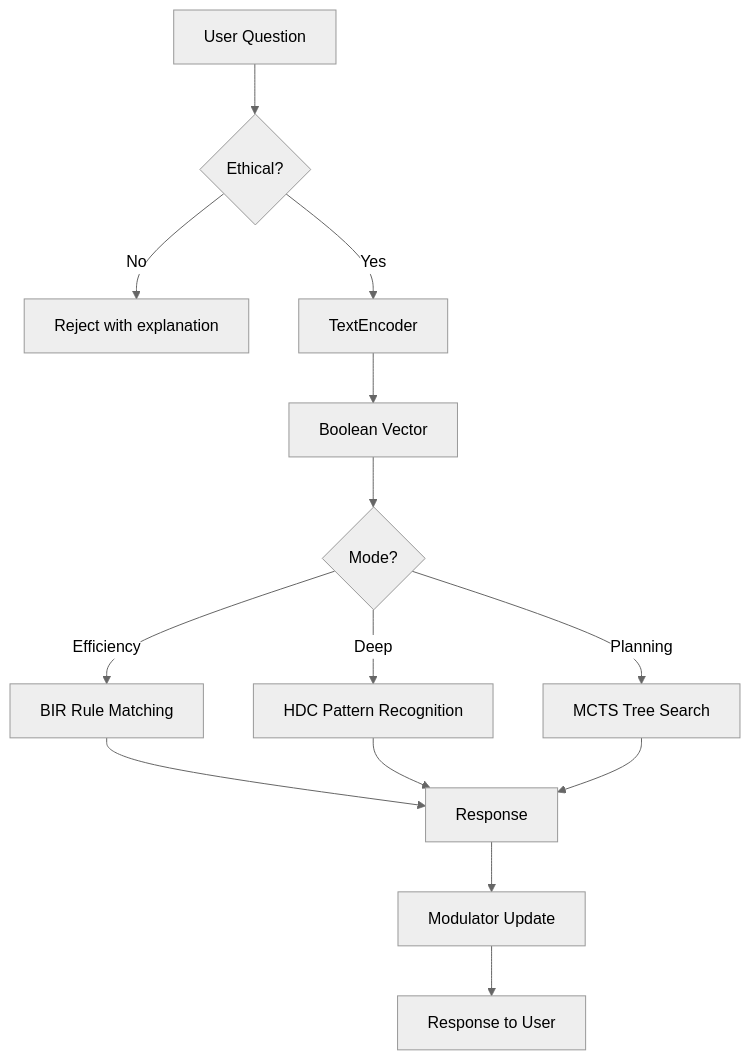
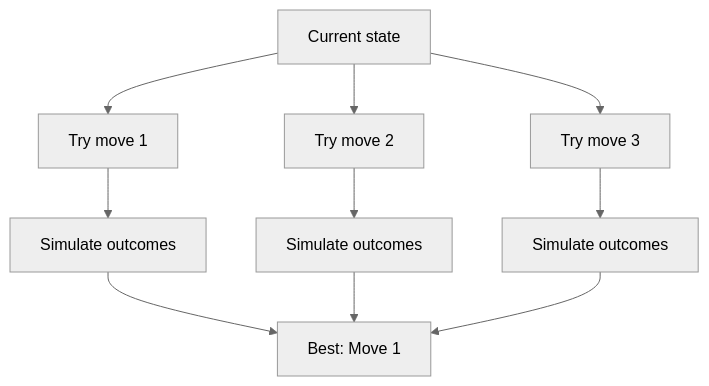
One commit to AlexanderNarbaev/agi changed the fourth of 6 diagrams in docs-v2/story/overview.md. Above: the diagram before and after it, drawn with Mermaid (neutral theme). The commit also changed other lines of this file, not shown here.

````diff
--- a/docs-v2/story/overview.md
+++ b/docs-v2/story/overview.md
@@ -140,16 +93,12 @@
 ```mermaid
-flowchart TD
-    A[User Question] --> B{Ethical?}
-    B -->|No| C[Reject with explanation]
-    B -->|Yes| D[TextEncoder]
-    D --> E[Boolean Vector]
-    E --> F{Mode?}
-    F -->|Efficiency| G[BIR Rule Matching]
-    F -->|Deep| H[HDC Pattern Recognition]
-    F -->|Planning| I[MCTS Tree Search]
-    G --> J[Response]
-    H --> J
-    I --> J
-    J --> K[Modulator Update]
-    K --> L[Response to User]
+graph TD
+    A[Current state] --> B[Try move 1]
+    A --> C[Try move 2]
+    A --> D[Try move 3]
+    B --> E[Simulate outcomes]
+    C --> F[Simulate outcomes]
+    D --> G[Simulate outcomes]
+    E --> H[Best: Move 1]
+    F --> H
+    G --> H
 ```
````
